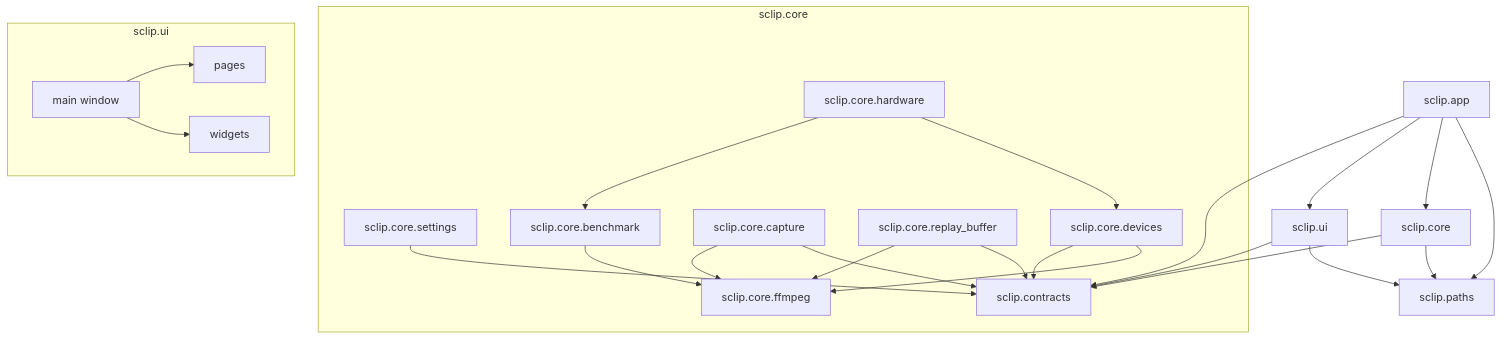
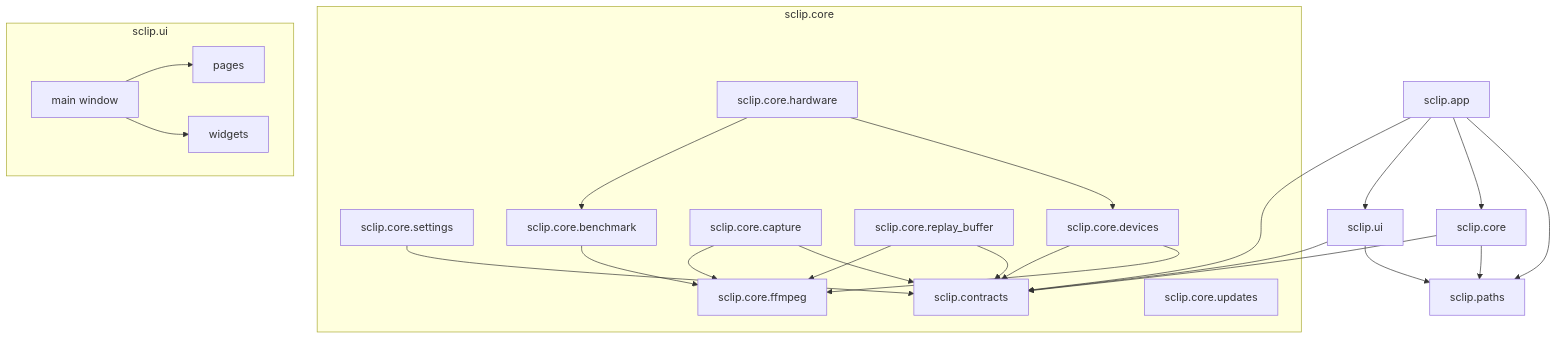
One commit to shilohhm/S-Clip changed the diagram in docs/ARCHITECTURE.md. Above: the diagram before and after it, drawn with Mermaid. The commit also changed other lines of this file and 16 other files, not shown here.

````diff
--- a/docs/ARCHITECTURE.md
+++ b/docs/ARCHITECTURE.md
@@ -9,41 +9,42 @@
 ```mermaid
 graph TD
     app[sclip.app] --> ui[sclip.ui]
     app --> core[sclip.core]
     app --> contracts[sclip.contracts]
     app --> paths[sclip.paths]
 
     ui --> contracts
     ui --> paths
 
     core --> contracts
     core --> paths
 
     subgraph "sclip.core"
       core_settings[sclip.core.settings]
       core_devices[sclip.core.devices]
       core_ffmpeg[sclip.core.ffmpeg]
       core_capture[sclip.core.capture]
       core_replay[sclip.core.replay_buffer]
       core_benchmark[sclip.core.benchmark]
       core_hardware[sclip.core.hardware]
       core_capture --> core_ffmpeg
       core_replay --> core_ffmpeg
       core_settings --> contracts
       core_devices --> contracts
       core_devices --> core_ffmpeg
       core_capture --> contracts
       core_replay --> contracts
+      core_updates[sclip.core.updates]
       core_benchmark --> core_ffmpeg
       core_hardware --> core_benchmark
       core_hardware --> core_devices
     end
 
     subgraph "sclip.ui"
       ui_main[main window]
       ui_pages[pages]
       ui_widgets[widgets]
       ui_main --> ui_pages
       ui_main --> ui_widgets
     end
 ```
````
